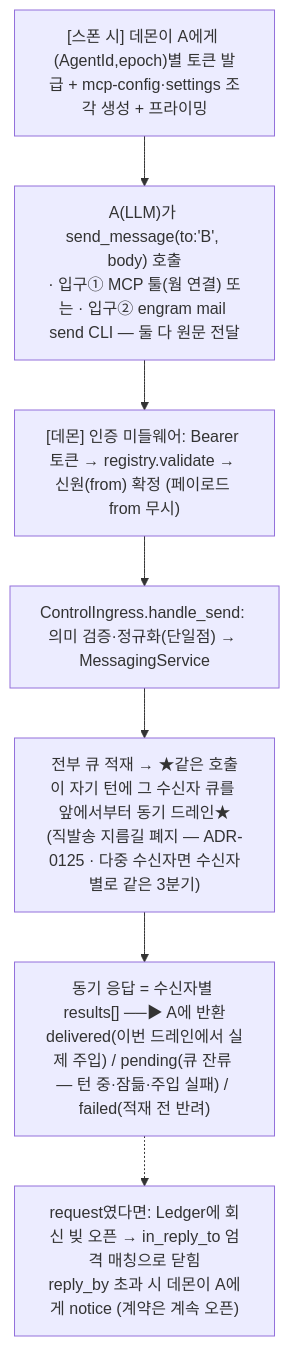
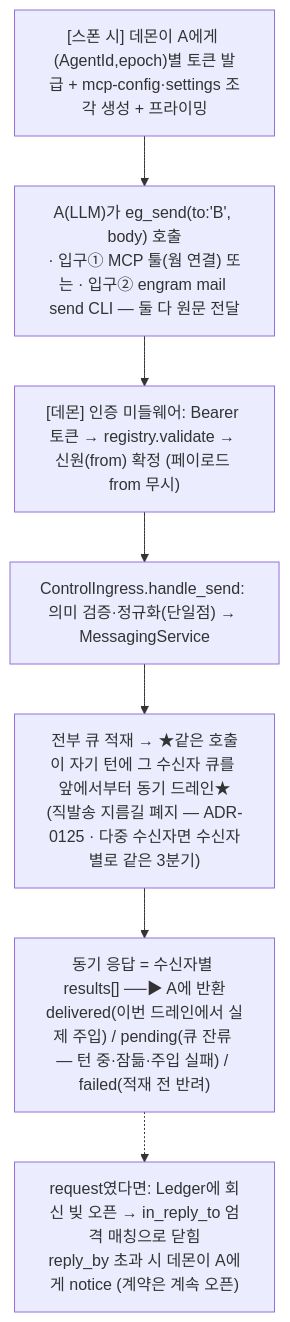
One commit to kimsunzun/engram-dashboard changed diagram 20 of 20 in docs/reference/architecture-overview.md. Above: the diagram before and after it, drawn with Mermaid. The commit also changed other lines of this file and 22 other files, not shown here.

````diff
--- a/docs/reference/architecture-overview.md
+++ b/docs/reference/architecture-overview.md
@@ -721,13 +721,13 @@
 ```mermaid
 flowchart TD
   M1["[스폰 시] 데몬이 A에게 (AgentId,epoch)별 토큰 발급 + mcp-config·settings 조각 생성 + 프라이밍"]
-  M2["A(LLM)가 send_message(to:'B', body) 호출<br/>· 입구① MCP 툴(웜 연결) 또는 · 입구② engram mail send CLI — 둘 다 원문 전달"]
+  M2["A(LLM)가 eg_send(to:'B', body) 호출<br/>· 입구① MCP 툴(웜 연결) 또는 · 입구② engram mail send CLI — 둘 다 원문 전달"]
   M3["[데몬] 인증 미들웨어: Bearer 토큰 → registry.validate → 신원(from) 확정 (페이로드 from 무시)"]
   M4["ControlIngress.handle_send: 의미 검증·정규화(단일점) → MessagingService"]
   M5["전부 큐 적재 → ★같은 호출이 자기 턴에 그 수신자 큐를 앞에서부터 동기 드레인★<br/>(직발송 지름길 폐지 — ADR-0125 · 다중 수신자면 수신자별로 같은 3분기)"]
   M6["동기 응답 = 수신자별 results[] ──▶ A에 반환<br/>delivered(이번 드레인에서 실제 주입) / pending(큐 잔류 — 턴 중·잠듦·주입 실패) / failed(적재 전 반려)"]
   M7["request였다면: Ledger에 회신 빚 오픈 → in_reply_to 엄격 매칭으로 닫힘<br/>reply_by 초과 시 데몬이 A에게 notice (계약은 계속 오픈)"]
 
   M1 --> M2 --> M3 --> M4 --> M5 --> M6
   M6 -.-> M7
 ```
````
